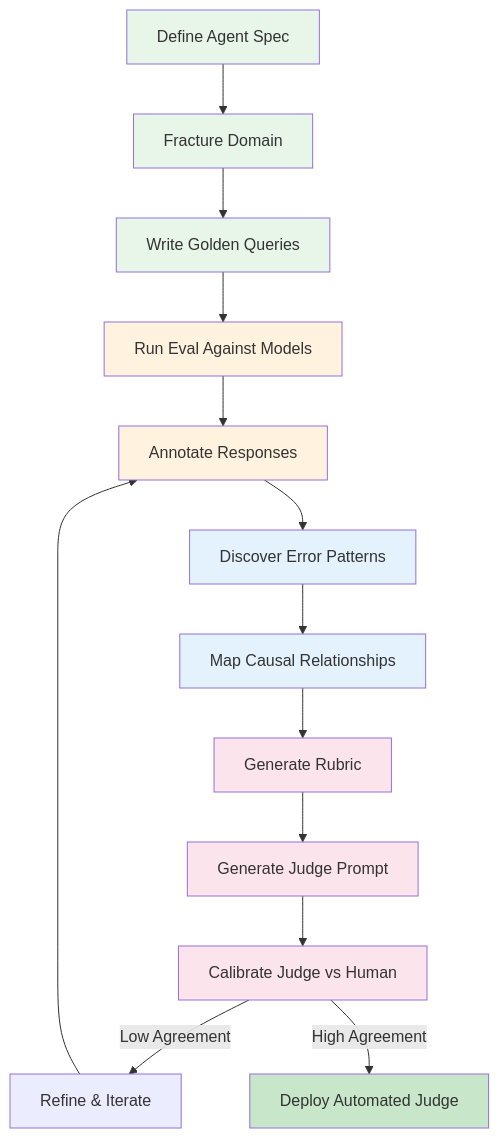
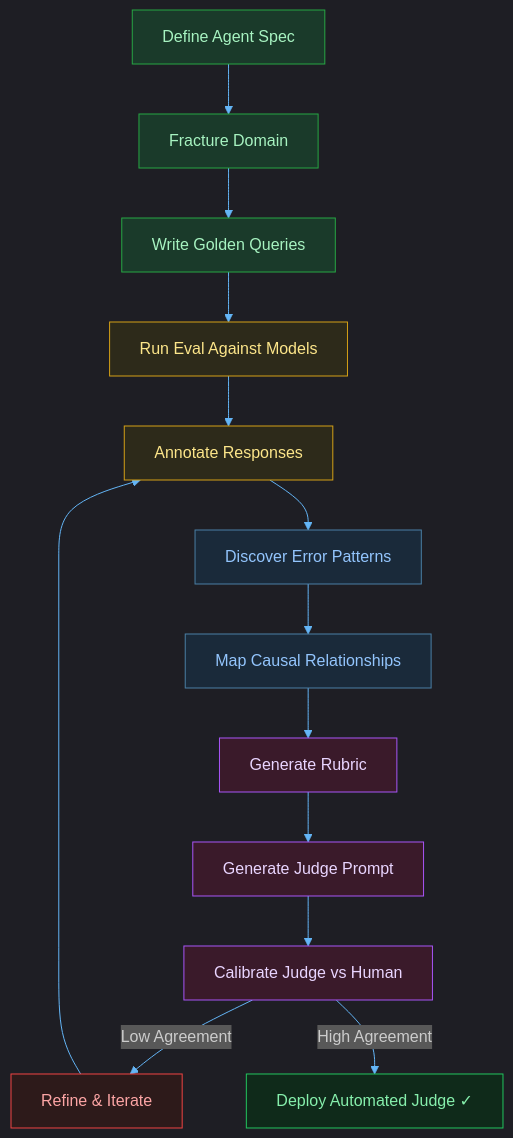
Before and after one commit to aws-samples/sample-GEDD: the first of 8 diagrams in README.md, drawn with Mermaid. The commit also changed other lines of this file, not shown here.

First line of the commit message:
docs: fix Mermaid diagrams for dark background rendering

````diff
--- a/README.md
+++ b/README.md
@@ -19,27 +19,29 @@
 ```mermaid
+%%{init: {'theme': 'dark', 'themeVariables': {'primaryColor': '#1e3a5f', 'primaryTextColor': '#e2e8f0', 'primaryBorderColor': '#4a7fa5', 'lineColor': '#64b5f6', 'secondaryColor': '#1a3a2a', 'tertiaryColor': '#2d1f3d'}}}%%
 flowchart TD
     A[Define Agent Spec] --> B[Fracture Domain]
     B --> C[Write Golden Queries]
     C --> D[Run Eval Against Models]
     D --> E[Annotate Responses]
     E --> F[Discover Error Patterns]
     F --> G[Map Causal Relationships]
     G --> H[Generate Rubric]
     H --> I[Generate Judge Prompt]
     I --> J[Calibrate Judge vs Human]
     J -->|Low Agreement| K[Refine & Iterate]
     K --> E
-    J -->|High Agreement| L[Deploy Automated Judge]
+    J -->|High Agreement| L[Deploy Automated Judge ✓]
 
-    style A fill:#e8f5e9
-    style B fill:#e8f5e9
-    style C fill:#e8f5e9
-    style D fill:#fff3e0
-    style E fill:#fff3e0
-    style F fill:#e3f2fd
-    style G fill:#e3f2fd
-    style H fill:#fce4ec
-    style I fill:#fce4ec
-    style J fill:#fce4ec
-    style L fill:#c8e6c9
+    style A fill:#1a3a2a,stroke:#27a644,color:#a7f3c1
+    style B fill:#1a3a2a,stroke:#27a644,color:#a7f3c1
+    style C fill:#1a3a2a,stroke:#27a644,color:#a7f3c1
+    style D fill:#2d2a1a,stroke:#d4a017,color:#fde68a
+    style E fill:#2d2a1a,stroke:#d4a017,color:#fde68a
+    style F fill:#1a2a3a,stroke:#4a7fa5,color:#93c5fd
+    style G fill:#1a2a3a,stroke:#4a7fa5,color:#93c5fd
+    style H fill:#3a1a2a,stroke:#a855f7,color:#e9d5ff
+    style I fill:#3a1a2a,stroke:#a855f7,color:#e9d5ff
+    style J fill:#3a1a2a,stroke:#a855f7,color:#e9d5ff
+    style K fill:#2d1a1a,stroke:#ef4444,color:#fca5a5
+    style L fill:#0f2a1a,stroke:#22c55e,color:#86efac
 ```
````
